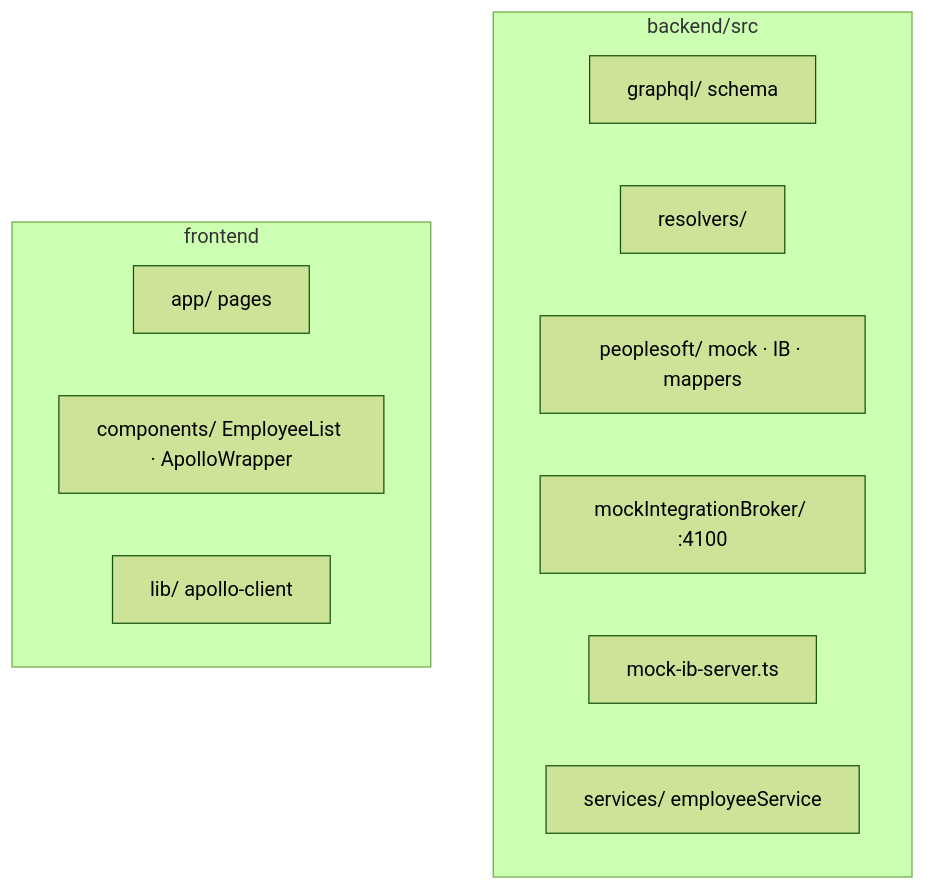
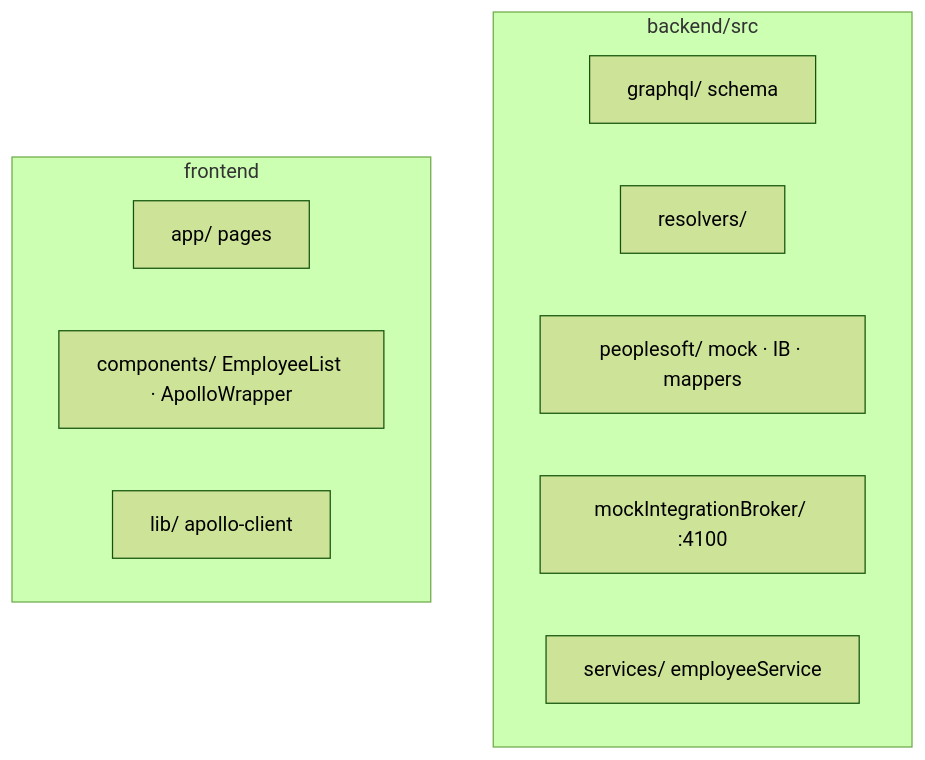
The second of 2 diagrams in README.md (sergeville/peoplesoft-graphql-starter), drawn with Mermaid (forest theme) before and after one commit. The commit also changed other lines of this file and 9 other files, not shown here.

````diff
--- a/README.md
+++ b/README.md
@@ -229,16 +227,15 @@
 ```mermaid
 flowchart TD
   subgraph BE[backend/src]
     G[graphql/ schema]
     R[resolvers/]
     P[peoplesoft/ mock · IB · mappers]
     MIB[mockIntegrationBroker/ :4100]
-    MIBS[mock-ib-server.ts]
     S[services/ employeeService]
   end
   subgraph FE[frontend]
     A[app/ pages]
     C[components/ EmployeeList · ApolloWrapper]
     L[lib/ apollo-client]
   end
 ```
````
